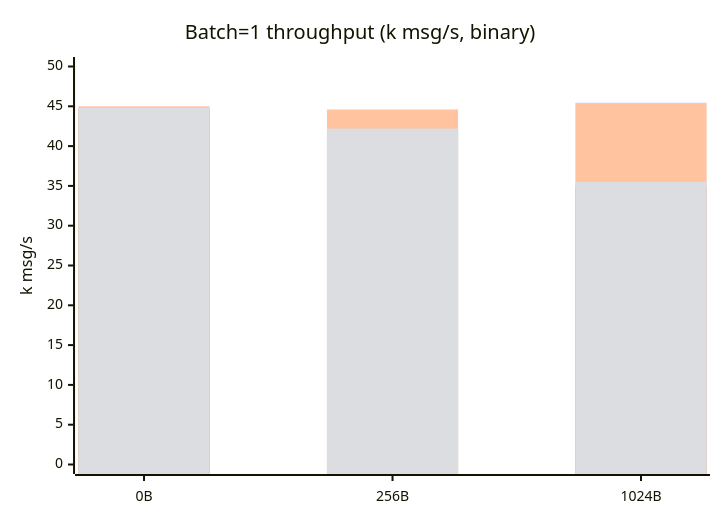
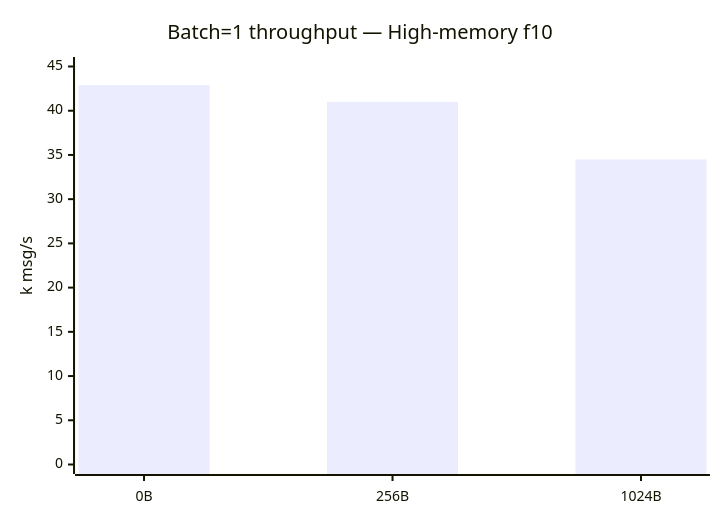
The eighth of 22 diagrams in services/broker/README.md (gabloe/felix), drawn with Mermaid before and after one commit. The commit also changed other lines of this file and 2 other files, not shown here.

````diff
--- a/services/broker/README.md
+++ b/services/broker/README.md
@@ -88,10 +130,7 @@
 ```mermaid
 xychart-beta
-    title "Batch=1 throughput (k msg/s, binary)"
+    title "Batch=1 throughput — High-memory f10"
     x-axis ["0B","256B","1024B"]
-    y-axis "k msg/s" 0 --> 50
-    bar "Balanced f1" [44.7,44.2,45.5]
-    bar "Balanced f10" [44.7,42.0,34.8]
-    bar "High-memory f1" [45.0,44.6,45.4]
-    bar "High-memory f10" [44.8,42.2,35.5]
+    y-axis "k msg/s" 0 --> 45
+    bar [42.9,41.0,34.5]
 ```
````
